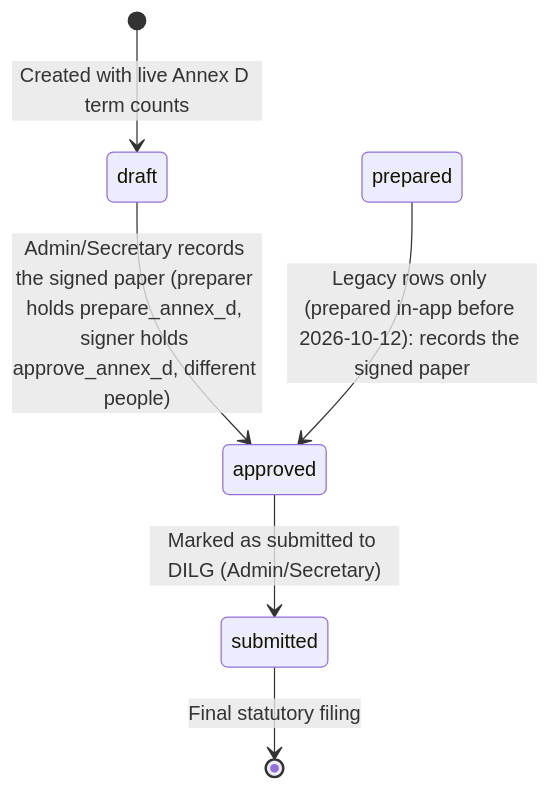
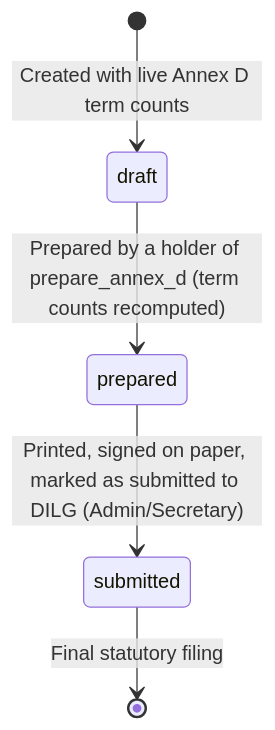
The tenth of 13 diagrams in docs/WORKFLOWS_AND_RULES.md (jpbuenosaires/Baranguard), drawn with Mermaid before and after one commit. The commit also changed other lines of this file and 7 other files, not shown here.

First line of the commit message:
[Docs/Mobile] Report statuses open/prepared/returned; print-only model

````diff
--- a/docs/WORKFLOWS_AND_RULES.md
+++ b/docs/WORKFLOWS_AND_RULES.md
@@ -334,8 +330,7 @@
 ```mermaid
 stateDiagram-v2
     [*] --> draft : Created with live Annex D term counts
-    draft --> approved : Admin/Secretary records the signed paper (preparer holds prepare_annex_d, signer holds approve_annex_d, different people)
-    prepared --> approved : Legacy rows only (prepared in-app before 2026-10-12): records the signed paper
-    approved --> submitted : Marked as submitted to DILG (Admin/Secretary)
+    draft --> prepared : Prepared by a holder of prepare_annex_d (term counts recomputed)
+    prepared --> submitted : Printed, signed on paper, marked as submitted to DILG (Admin/Secretary)
     submitted --> [*] : Final statutory filing
 ```
````
